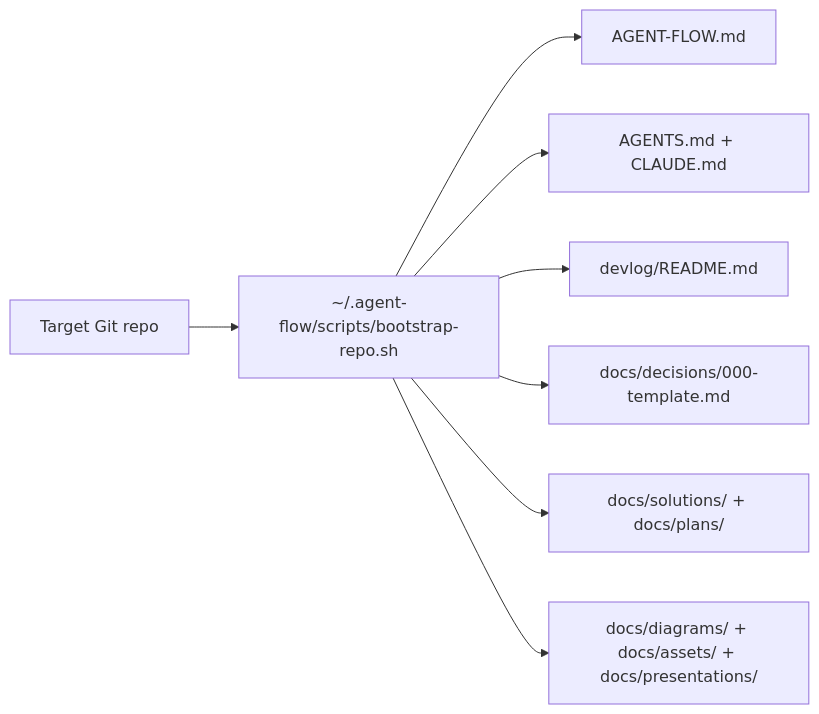
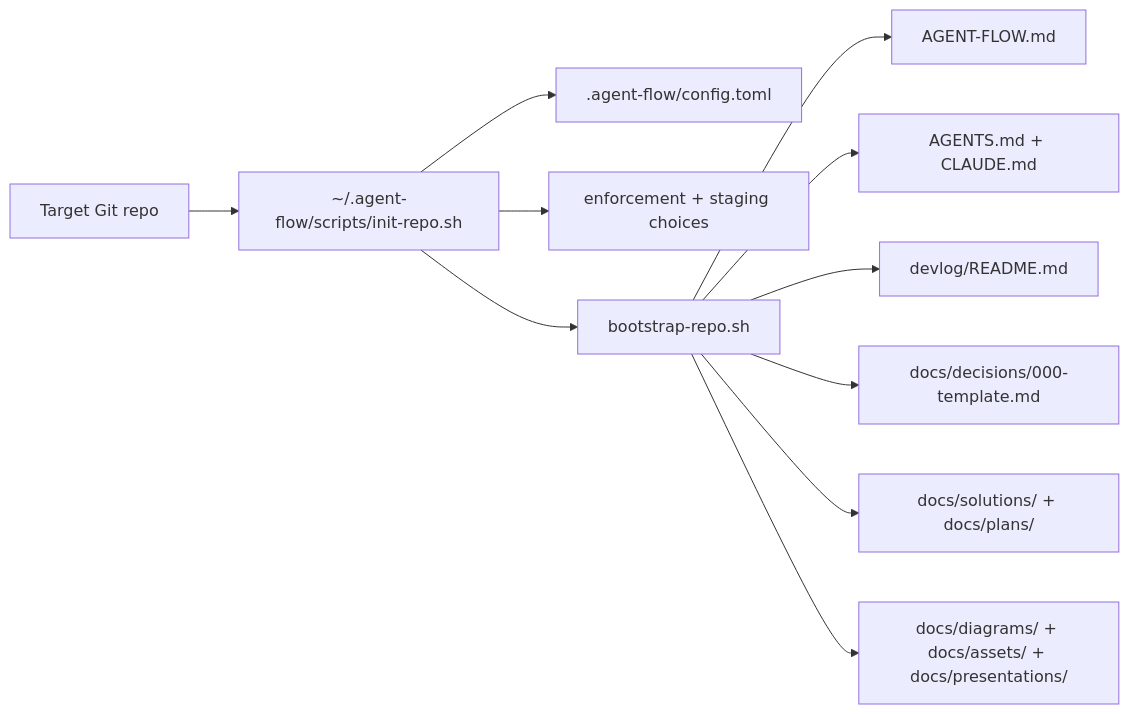
Before and after one commit to miketaheny/codex-setup: the third of 5 diagrams in docs/ARCHITECTURE.md, drawn with Mermaid. The commit also changed other lines of this file and 38 other files, not shown here.

Commit message:
feat: add agent-flow lifecycle enforcement

````diff
--- a/docs/ARCHITECTURE.md
+++ b/docs/ARCHITECTURE.md
@@ -62,10 +65,13 @@
 ```mermaid
 flowchart LR
-    Repo["Target Git repo"] --> Bootstrap["~/.agent-flow/scripts/bootstrap-repo.sh"]
+    Repo["Target Git repo"] --> Init["~/.agent-flow/scripts/init-repo.sh"]
+    Init --> Config[".agent-flow/config.toml"]
+    Init --> Choices["enforcement + staging choices"]
+    Init --> Bootstrap["bootstrap-repo.sh"]
     Bootstrap --> Rules["AGENT-FLOW.md"]
     Bootstrap --> Adapters["AGENTS.md + CLAUDE.md"]
     Bootstrap --> Devlog["devlog/README.md"]
     Bootstrap --> Decision["docs/decisions/000-template.md"]
     Bootstrap --> Dirs["docs/solutions/ + docs/plans/"]
     Bootstrap --> VisualDirs["docs/diagrams/ + docs/assets/ + docs/presentations/"]
 ```
````
